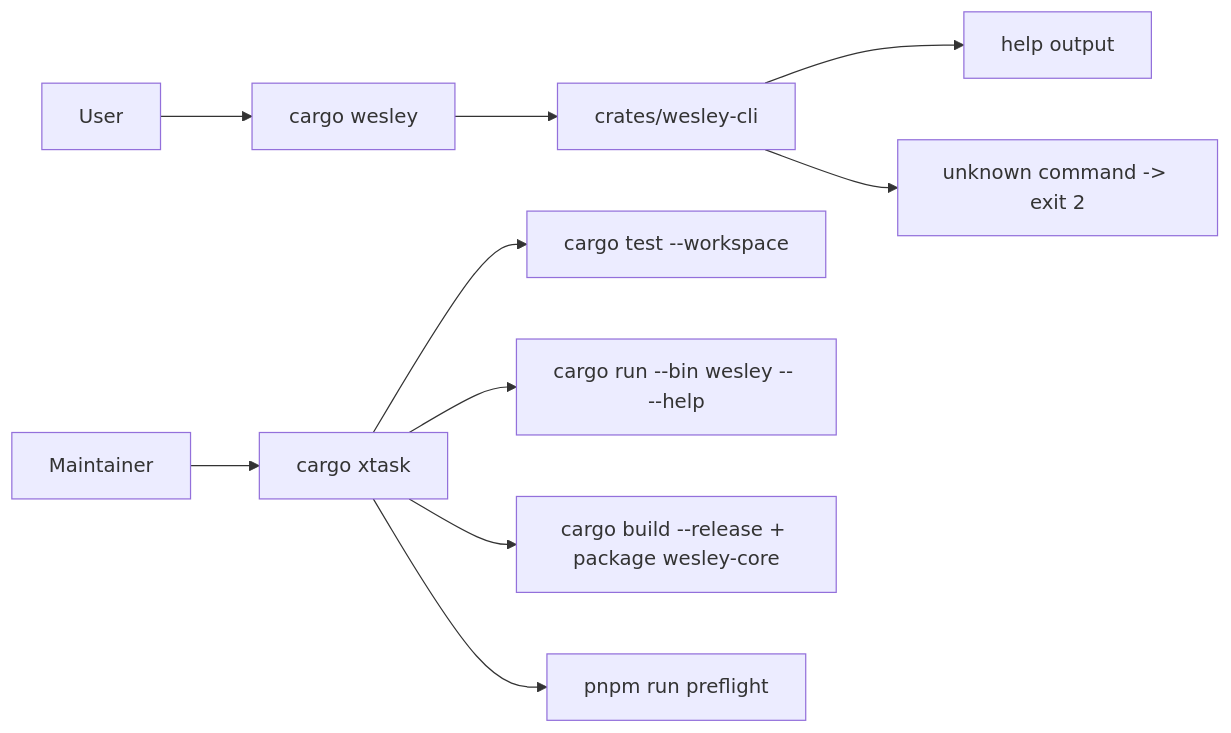
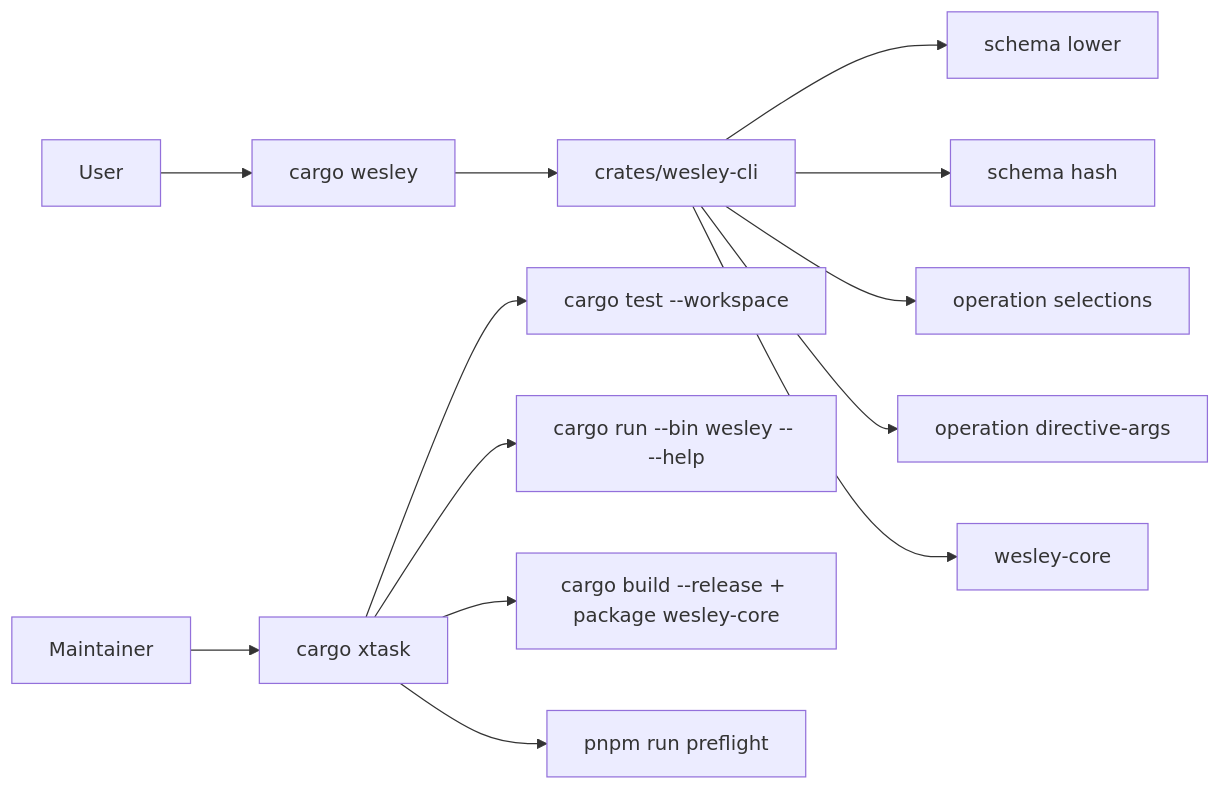
One commit to flyingrobots/wesley changed the fifth of 9 diagrams in docs/ARCHITECTURE.md. Above: the diagram before and after it, drawn with Mermaid. The commit also changed other lines of this file and 9 other files, not shown here.

Commit message:
feat(cli-rs): expose native schema operation commands

````diff
--- a/docs/ARCHITECTURE.md
+++ b/docs/ARCHITECTURE.md
@@ -300,13 +300,16 @@
 ```mermaid
 flowchart LR
     User --> CargoWesley[cargo wesley]
     CargoWesley --> WesleyBin[crates/wesley-cli]
-    WesleyBin --> Help[help output]
-    WesleyBin --> Unknown[unknown command -> exit 2]
+    WesleyBin --> SchemaLower[schema lower]
+    WesleyBin --> SchemaHash[schema hash]
+    WesleyBin --> OpSelections[operation selections]
+    WesleyBin --> DirectiveArgs[operation directive-args]
+    WesleyBin --> CoreFacts[wesley-core]
 
     Maintainer --> CargoXtask[cargo xtask]
     CargoXtask --> Tests[cargo test --workspace]
     CargoXtask --> NativeHelp[cargo run --bin wesley -- --help]
     CargoXtask --> Release[cargo build --release + package wesley-core]
     CargoXtask --> Legacy[pnpm run preflight]
 ```
````
